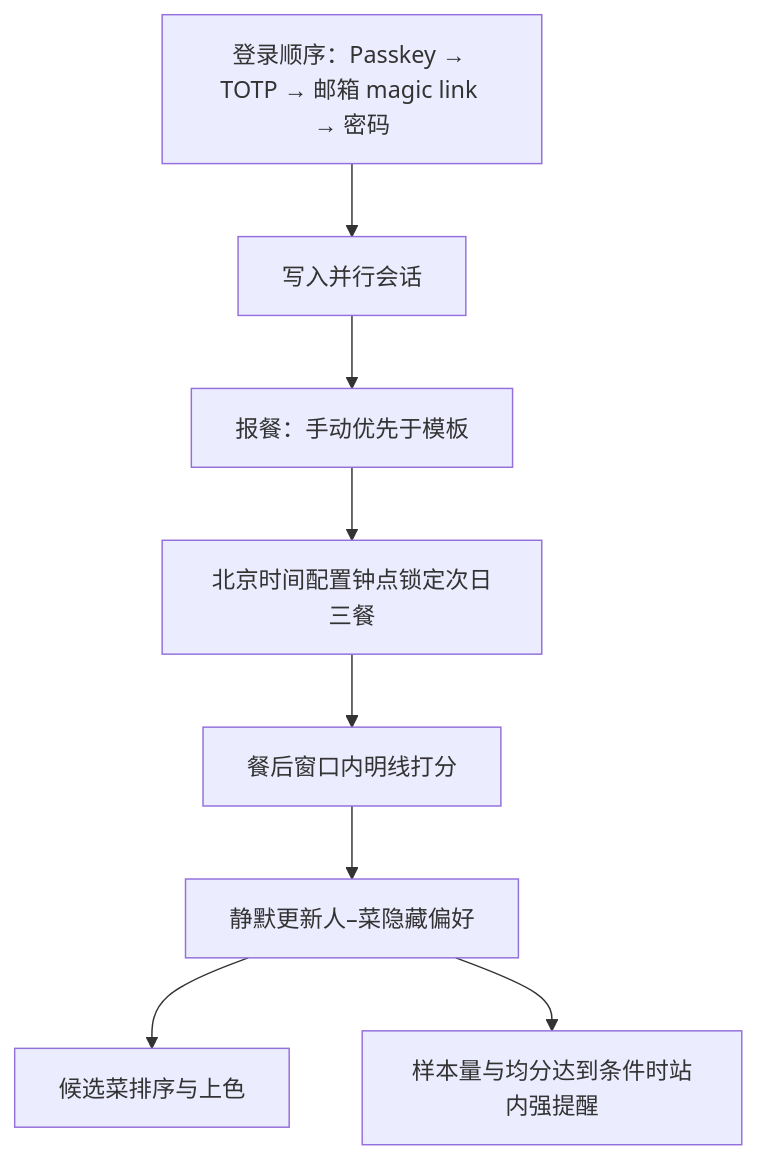
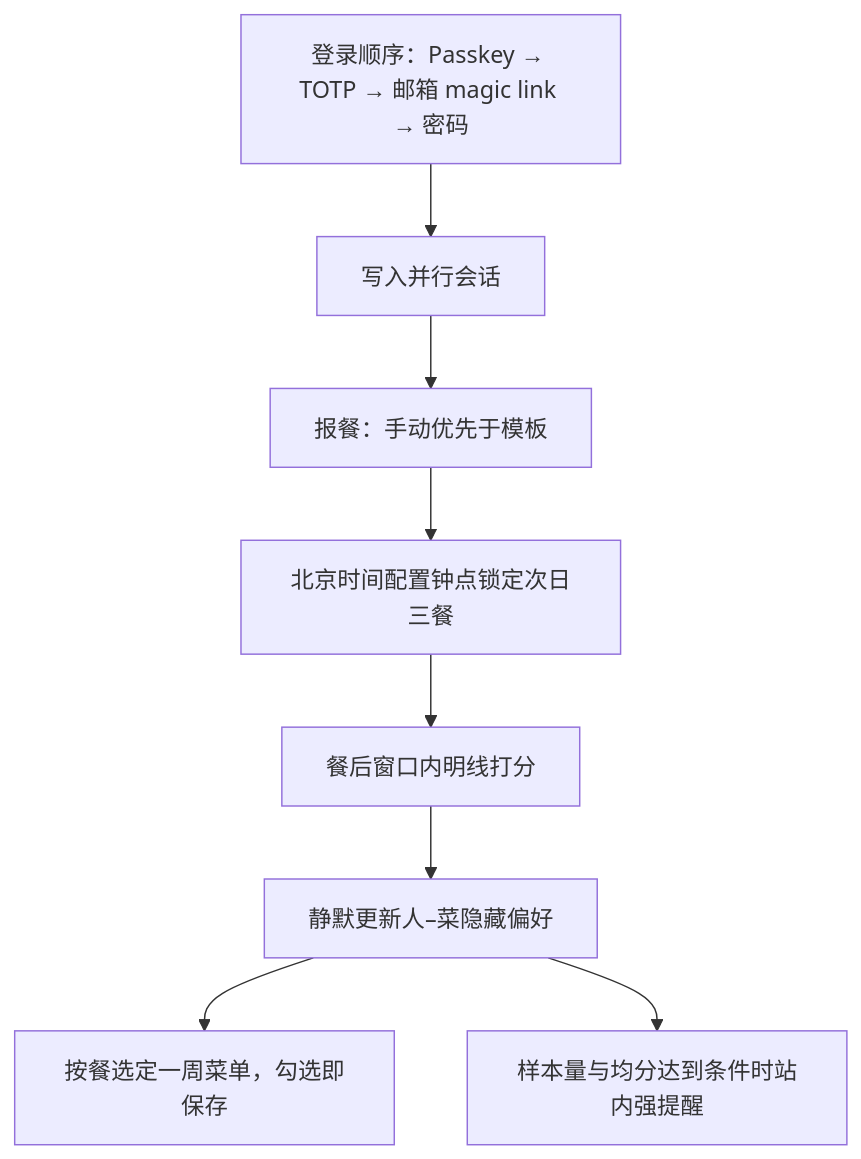
One commit to ModerRAS/duolinzao changed the second of 3 diagrams in specs/phase1/design.md. Above: the diagram before and after it, drawn with Mermaid. The commit also changed other lines of this file and 3 other files, not shown here.

````diff
--- a/specs/phase1/design.md
+++ b/specs/phase1/design.md
@@ -36,16 +36,16 @@
 ```mermaid
 flowchart TD
   login["登录顺序：Passkey → TOTP → 邮箱 magic link → 密码"]
   session["写入并行会话"]
   meal["报餐：手动优先于模板"]
   lock["北京时间配置钟点锁定次日三餐"]
   score["餐后窗口内明线打分"]
   hidden["静默更新人–菜隐藏偏好"]
-  pick["候选菜排序与上色"]
+  pick["按餐选定一周菜单，勾选即保存"]
   alert["样本量与均分达到条件时站内强提醒"]
 
   login --> session --> meal --> lock
   lock --> score --> hidden
   hidden --> pick
   hidden --> alert
 ```
````
